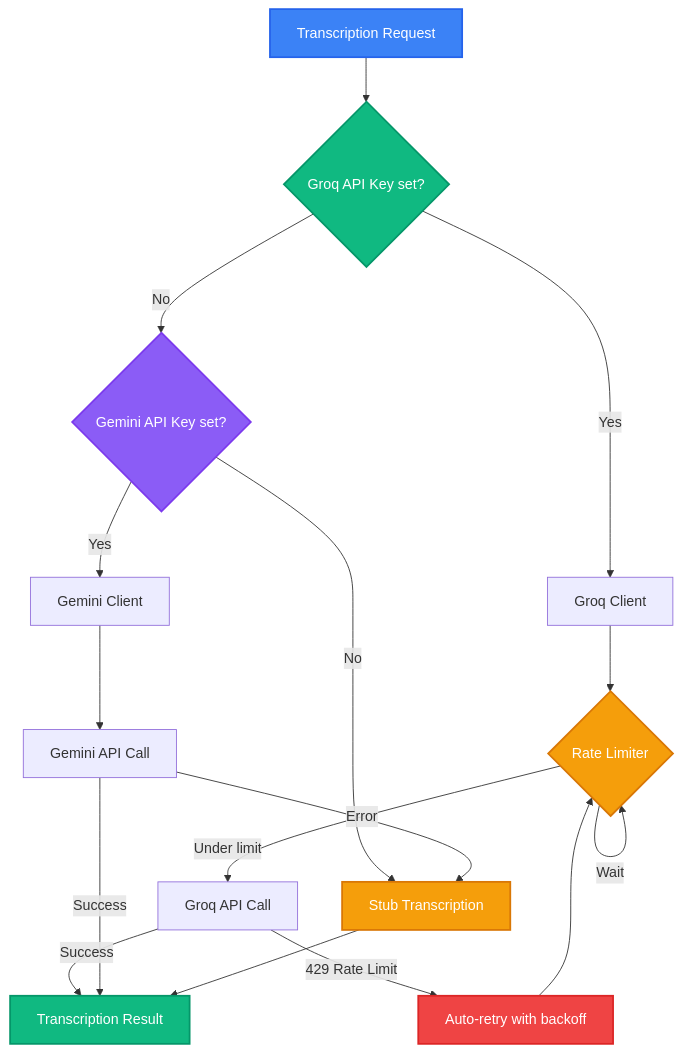
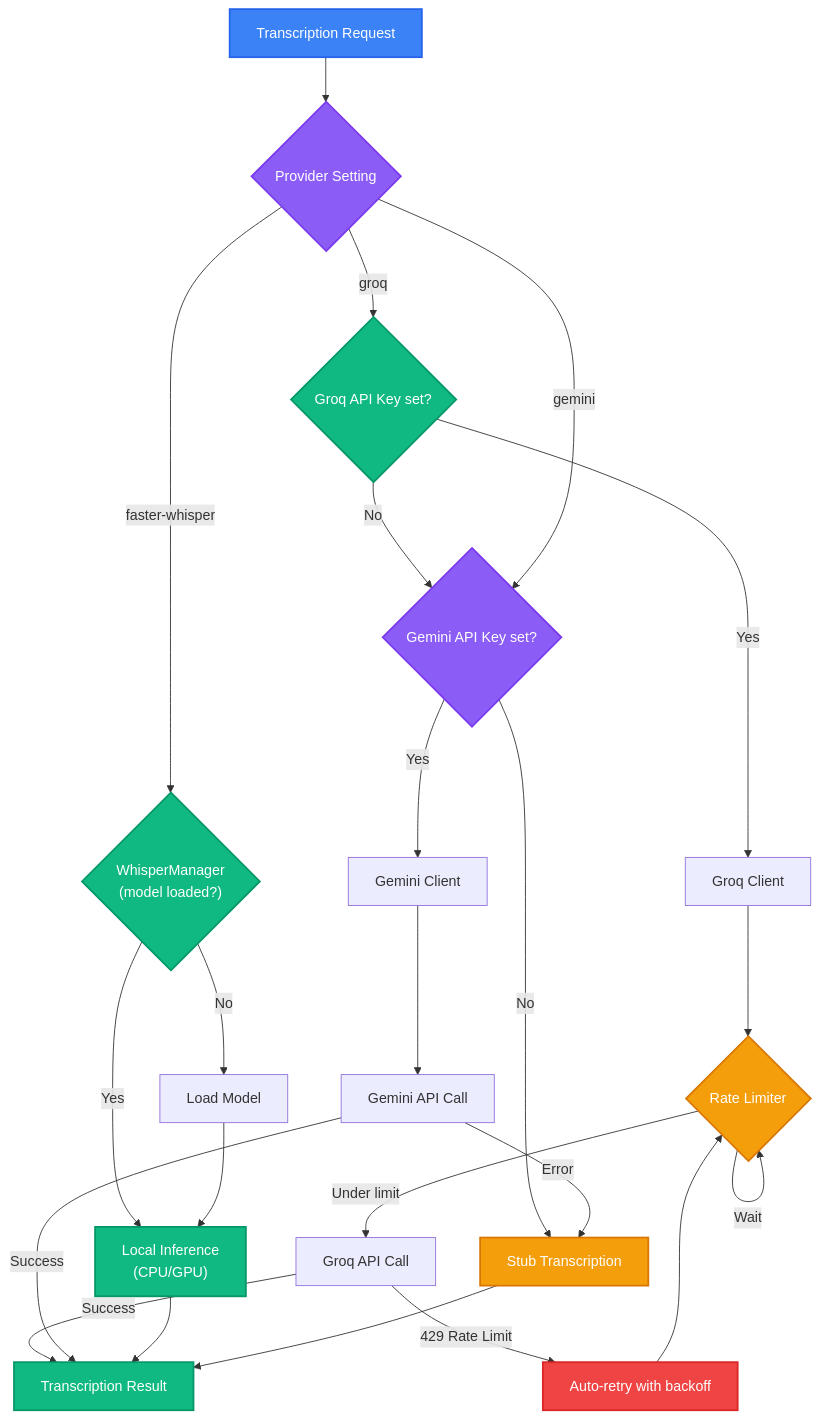
Before and after one commit to samm329-ui/Trimora_v2: the tenth of 13 diagrams in README.md, drawn with Mermaid. The commit also changed other lines of this file, not shown here.

Commit message:
Update main README with Faster-Whisper GPU transcription, performance monitoring, and setup guide

````diff
--- a/README.md
+++ b/README.md
@@ -990,30 +1007,44 @@
 ```mermaid
 flowchart TD
-    START["Transcription Request"] --> GROQ{"Groq API Key set?"}
+    START["Transcription Request"] --> PROVIDER{"Provider Setting"}
+    
+    PROVIDER -->|faster-whisper| WHISPER{"WhisperManager\n(model loaded?)"}
+    WHISPER -->|Yes| LOCAL["Local Inference\n(CPU/GPU)"]
+    WHISPER -->|No| LOAD["Load Model"]
+    LOAD --> LOCAL
+    
+    PROVIDER -->|groq| GROQ{"Groq API Key set?"}
     GROQ -->|Yes| GROQ_CLIENT["Groq Client"]
     GROQ -->|No| GEMINI{"Gemini API Key set?"}
+    
+    PROVIDER -->|gemini| GEMINI
+    
     GEMINI -->|Yes| GEMINI_CLIENT["Gemini Client"]
     GEMINI -->|No| STUB["Stub Transcription"]
-
+    
     GROQ_CLIENT --> RATE{"Rate Limiter"}
     RATE -->|Under limit| GROQ_CALL["Groq API Call"]
     RATE -->|Wait| RATE
-
+    
     GROQ_CALL -->|Success| RESULT["Transcription Result"]
     GROQ_CALL -->|429 Rate Limit| RETRY["Auto-retry with backoff"]
     RETRY --> RATE
-
+    
     GEMINI_CLIENT --> GEMINI_CALL["Gemini API Call"]
     GEMINI_CALL -->|Success| RESULT
     GEMINI_CALL -->|Error| STUB
-
+    
+    LOCAL --> RESULT
     STUB --> RESULT
-
+    
     style START fill:#3b82f6,color:#fff,stroke:#2563eb,stroke-width:2px
+    style PROVIDER fill:#8b5cf6,color:#fff,stroke:#7c3aed,stroke-width:2px
+    style WHISPER fill:#10b981,color:#fff,stroke:#059669,stroke-width:2px
+    style LOCAL fill:#10b981,color:#fff,stroke:#059669,stroke-width:2px
     style GROQ fill:#10b981,color:#fff,stroke:#059669,stroke-width:2px
     style GEMINI fill:#8b5cf6,color:#fff,stroke:#7c3aed,stroke-width:2px
     style STUB fill:#f59e0b,color:#fff,stroke:#d97706,stroke-width:2px
     style RATE fill:#f59e0b,color:#fff,stroke:#d97706,stroke-width:2px
     style RESULT fill:#10b981,color:#fff,stroke:#059669,stroke-width:2px
     style RETRY fill:#ef4444,color:#fff,stroke:#dc2626,stroke-width:2px
 ```
````
